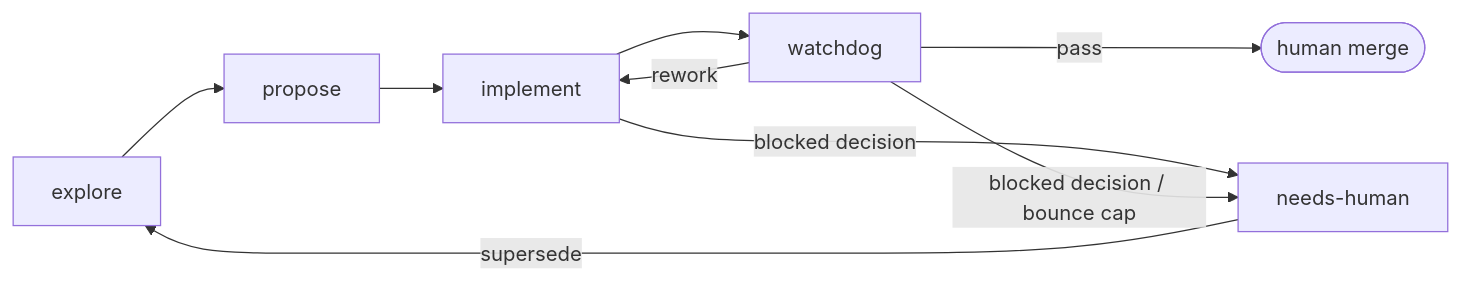
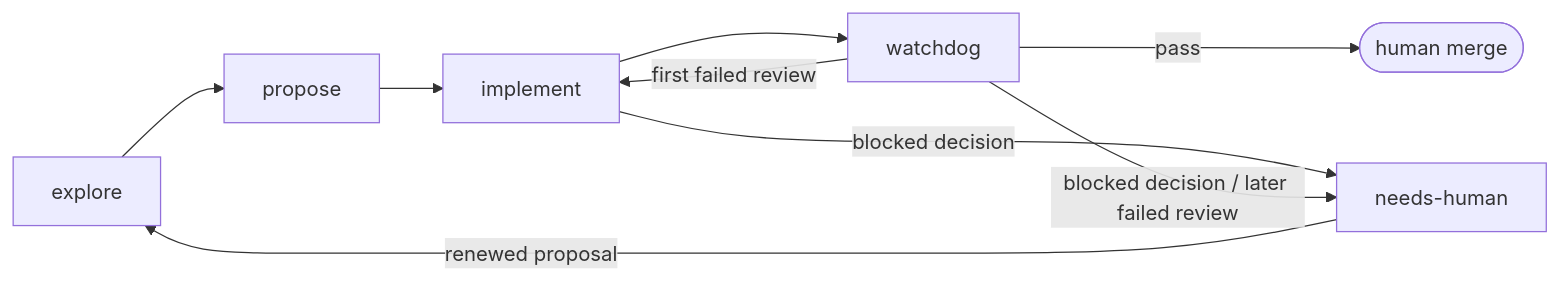
The diagram in README.md (vicrdguez/skills), drawn with Mermaid before and after one commit. The commit also changed other lines of this file and 60 other files, not shown here.

````diff
--- a/README.md
+++ b/README.md
@@ -26,9 +25,9 @@
 ```mermaid
 flowchart LR
     explore[explore] --> propose[propose] --> implement[implement] --> watchdog[watchdog]
     watchdog -->|pass| merge([human merge])
-    watchdog -->|rework| implement
+    watchdog -->|first failed review| implement
     implement -->|blocked decision| human[needs-human]
-    watchdog -->|blocked decision / bounce cap| human
-    human -->|supersede| explore
+    watchdog -->|blocked decision / later failed review| human
+    human -->|renewed proposal| explore
 ```
````
